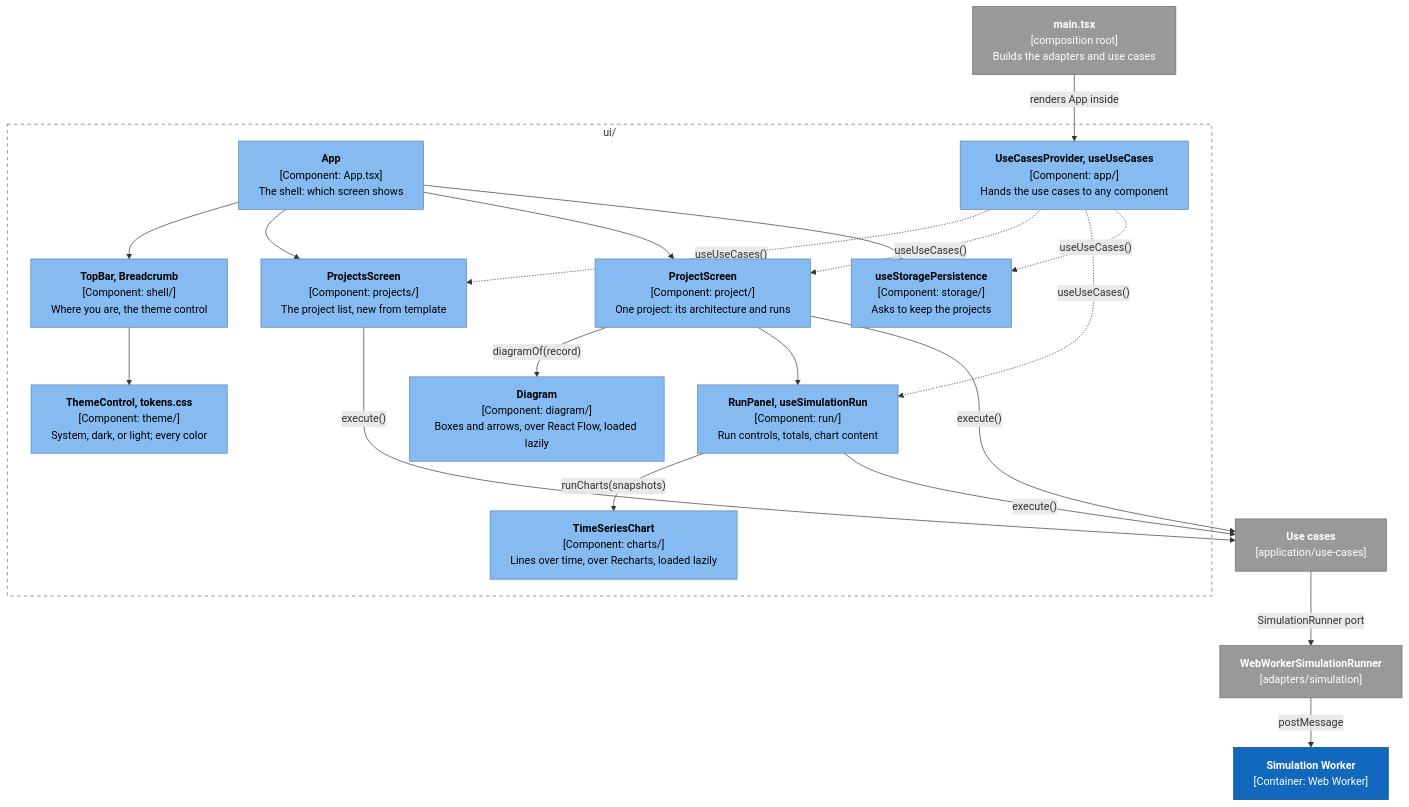
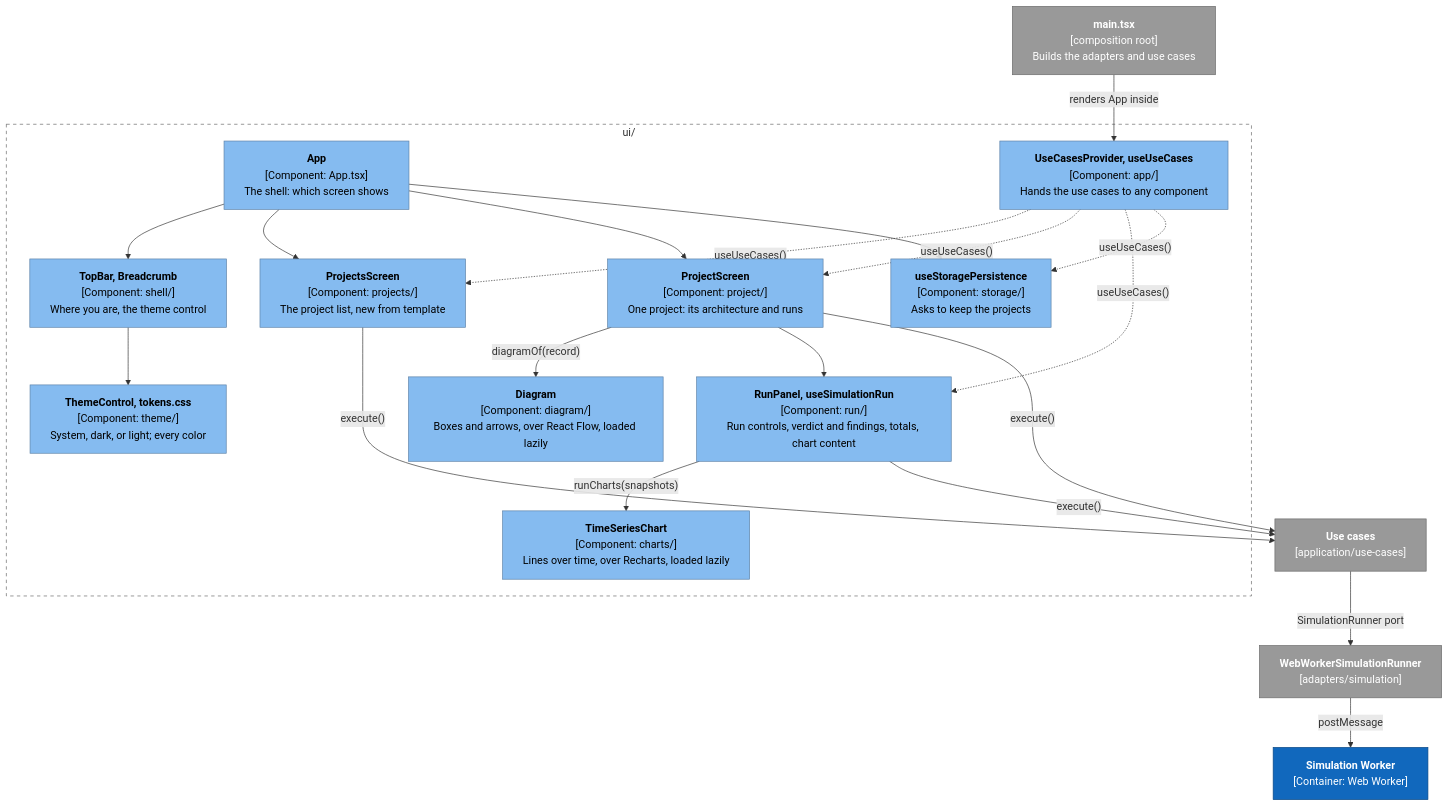
One commit to alanbickel/wind-tunnel changed the first of 2 diagrams in docs/architecture/user-interface.md. Above: the diagram before and after it, drawn with Mermaid. The commit also changed other lines of this file and 40 other files, not shown here.

Commit message:
feat(ui): show the verdict and findings in the run panel (#80)

````diff
--- a/docs/architecture/user-interface.md
+++ b/docs/architecture/user-interface.md
@@ -11,36 +11,36 @@
 ```mermaid
 %%{init: {"flowchart": {"wrappingWidth": 320}}}%%
 flowchart TB
     main["<b>main.tsx</b><br/>[composition root]<br/>Builds the adapters and use cases"]:::external
     subgraph ui["ui/"]
         app["<b>App</b><br/>[Component: App.tsx]<br/>The shell: which screen shows"]:::component
         shell["<b>TopBar, Breadcrumb</b><br/>[Component: shell/]<br/>Where you are, the theme control"]:::component
         provider["<b>UseCasesProvider, useUseCases</b><br/>[Component: app/]<br/>Hands the use cases to any component"]:::component
         projects["<b>ProjectsScreen</b><br/>[Component: projects/]<br/>The project list, new from template"]:::component
         project["<b>ProjectScreen</b><br/>[Component: project/]<br/>One project: its architecture and runs"]:::component
-        run["<b>RunPanel, useSimulationRun</b><br/>[Component: run/]<br/>Run controls, totals, chart content"]:::component
+        run["<b>RunPanel, useSimulationRun</b><br/>[Component: run/]<br/>Run controls, verdict and findings, totals, chart content"]:::component
         storage["<b>useStoragePersistence</b><br/>[Component: storage/]<br/>Asks to keep the projects"]:::component
         theme["<b>ThemeControl, tokens.css</b><br/>[Component: theme/]<br/>System, dark, or light; every color"]:::component
         diagram["<b>Diagram</b><br/>[Component: diagram/]<br/>Boxes and arrows, over React Flow, loaded lazily"]:::component
         charts["<b>TimeSeriesChart</b><br/>[Component: charts/]<br/>Lines over time, over Recharts, loaded lazily"]:::component
     end
     uc["<b>Use cases</b><br/>[application/use-cases]"]:::external
     runner["<b>WebWorkerSimulationRunner</b><br/>[adapters/simulation]"]:::external
     worker["<b>Simulation Worker</b><br/>[Container: Web Worker]"]:::system
     main -->|"renders App inside"| provider
     provider -.->|"useUseCases()"| projects & project & run & storage
     app --> shell & projects & project & storage
     shell --> theme
     project -->|"diagramOf(record)"| diagram
     project --> run
     run -->|"runCharts(snapshots)"| charts
     projects & project & run -->|"execute()"| uc
     uc -->|"SimulationRunner port"| runner
     runner -->|"postMessage"| worker
     style ui fill:none,stroke:#666,stroke-dasharray:5 5
     classDef person fill:#08427b,stroke:#052e56,color:#fff
     classDef system fill:#1168bd,stroke:#0b4884,color:#fff
     classDef component fill:#85bbf0,stroke:#5d82a8,color:#000
     classDef external fill:#999,stroke:#6b6b6b,color:#fff
     classDef planned fill:#fff,stroke:#1168bd,color:#1168bd,stroke-dasharray:5 5
 ```
````
